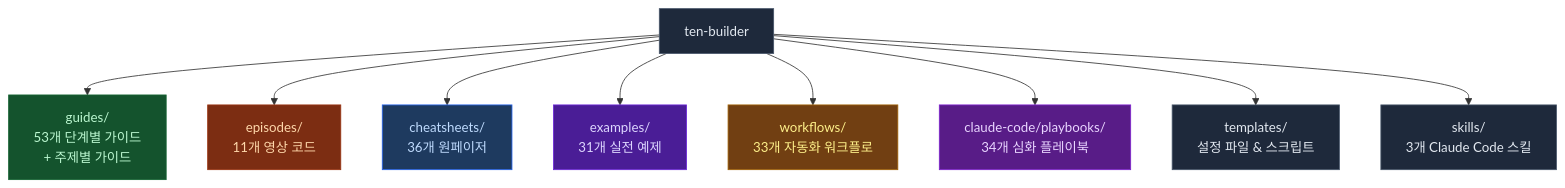
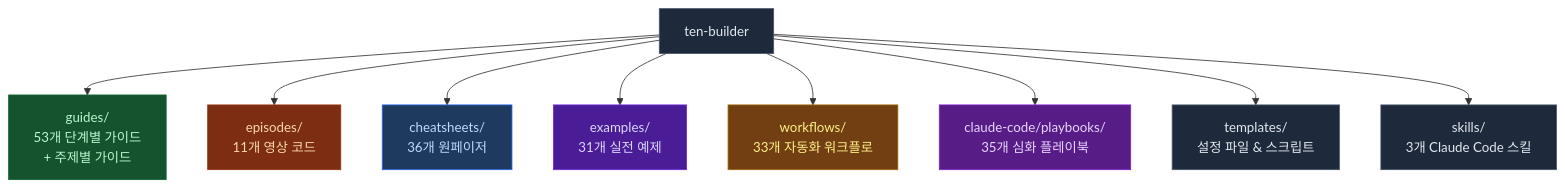
Before and after one commit to ten-builder/ten-builder: the first of 2 diagrams in README.md, drawn with Mermaid. The commit also changed other lines of this file, not shown here.

Commit message:
docs: README sync -- add playbook 41 multi-file coherent editing

````diff
--- a/README.md
+++ b/README.md
@@ -23,21 +23,21 @@
 ```mermaid
 flowchart TD
     R["ten-builder"] --> G["guides/\n53개 단계별 가이드\n+ 주제별 가이드"]
     R --> E["episodes/\n11개 영상 코드"]
     R --> C["cheatsheets/\n36개 원페이저"]
     R --> EX["examples/\n31개 실전 예제"]
     R --> W["workflows/\n33개 자동화 워크플로"]
-    R --> P["claude-code/playbooks/\n34개 심화 플레이북"]
+    R --> P["claude-code/playbooks/\n35개 심화 플레이북"]
     R --> T["templates/\n설정 파일 & 스크립트"]
     R --> S["skills/\n3개 Claude Code 스킬"]
 
     style R fill:#1e293b,stroke:#475569,color:#e2e8f0
     style G fill:#14532d,stroke:#166534,color:#bbf7d0
     style E fill:#7c2d12,stroke:#9a3412,color:#fed7aa
     style C fill:#1e3a5f,stroke:#2563eb,color:#bfdbfe
     style EX fill:#4a1d96,stroke:#6d28d9,color:#ddd6fe
     style W fill:#713f12,stroke:#a16207,color:#fef08a
     style P fill:#581c87,stroke:#7e22ce,color:#e9d5ff
     style T fill:#1e293b,stroke:#475569,color:#e2e8f0
     style S fill:#1e293b,stroke:#475569,color:#e2e8f0
 ```
````
